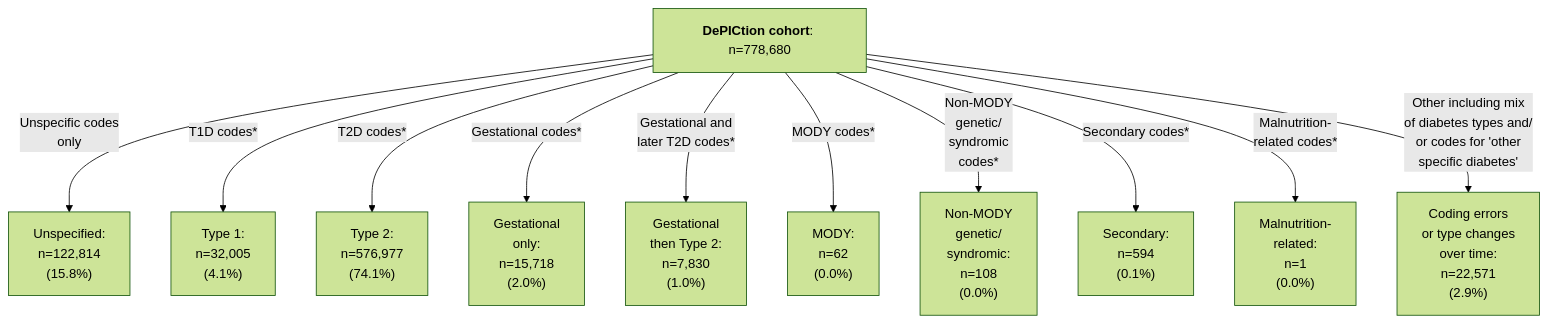
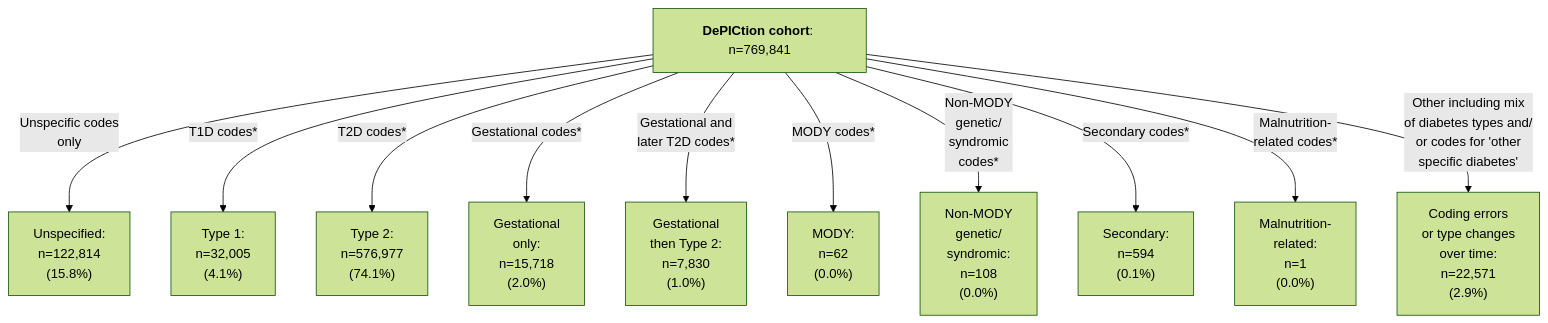
Before and after one commit to Exeter-Diabetes/CPRD-Katie-DePICtion-Scripts: the second of 2 diagrams in README.md, drawn with Mermaid (forest theme).

````diff
--- a/README.md
+++ b/README.md
@@ -57,13 +57,13 @@
 ```mermaid
 graph TD;
-    A["<b>DePICtion cohort</b>: n=778,680"] --> |"Unspecific codes <br>only"| B["Unspecified: <br>n=122,814 <br>(15.8%)"]
+    A["<b>DePICtion cohort</b>: n=769,841"] --> |"Unspecific codes <br>only"| B["Unspecified: <br>n=122,814 <br>(15.8%)"]
     A --> |"T1D codes*"| C["Type 1: <br>n=32,005 <br>(4.1%)"]
     A --> |"T2D codes*"| D["Type 2: <br>n=576,977 <br>(74.1%)"]
     A --> |"Gestational codes*"| E["Gestational <br>only: <br>n=15,718 <br>(2.0%)"]
     A --> |"Gestational and <br>later T2D codes*"| F["Gestational <br>then Type 2: <br>n=7,830 <br>(1.0%)"]
     A --> |"MODY codes*"| G["MODY: <br>n=62 <br>(0.0%)"]
     A --> |"Non-MODY <br>genetic/<br>syndromic <br>codes*"| H["Non-MODY <br>genetic/<br>syndromic: <br>n=108 <br>(0.0%)"]
     A --> |"Secondary codes*"| I["Secondary: <br>n=594 <br>(0.1%)"]
     A --> |"Malnutrition-<br>related codes*"| J["Malnutrition-<br>related: <br>n=1 <br>(0.0%)"]
     A --> |"Other including mix <br>of diabetes types and/<br>or codes for 'other <br>specific diabetes'"| K["Coding errors <br>or type changes<br> over time: <br>n=22,571 <br>(2.9%)"]
 ```
````
